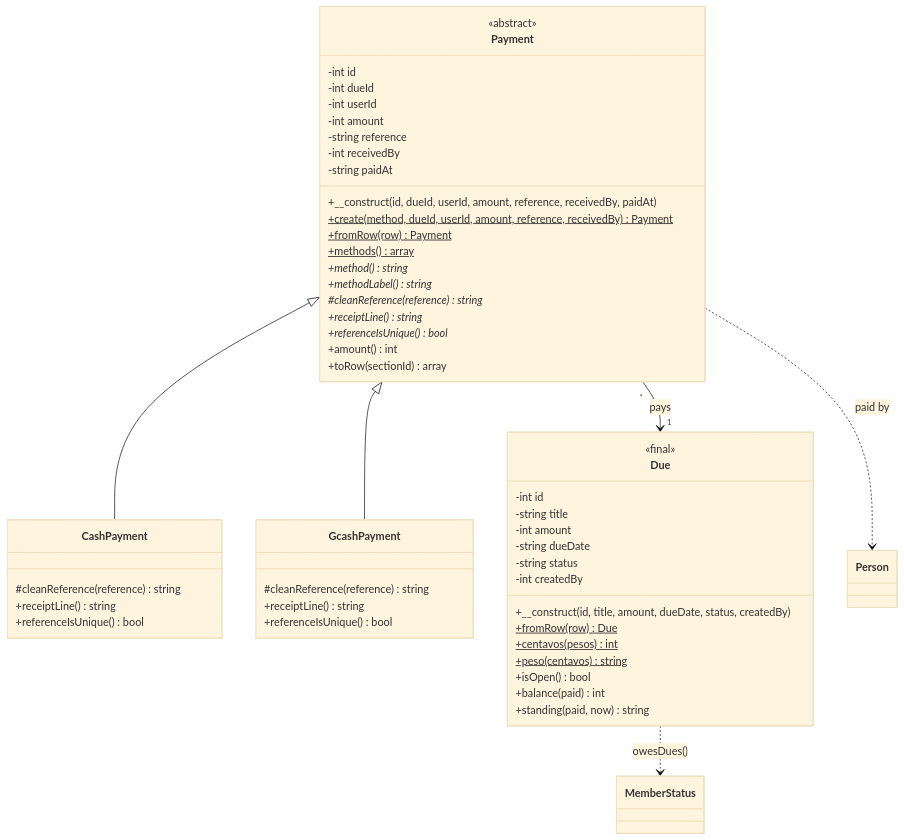
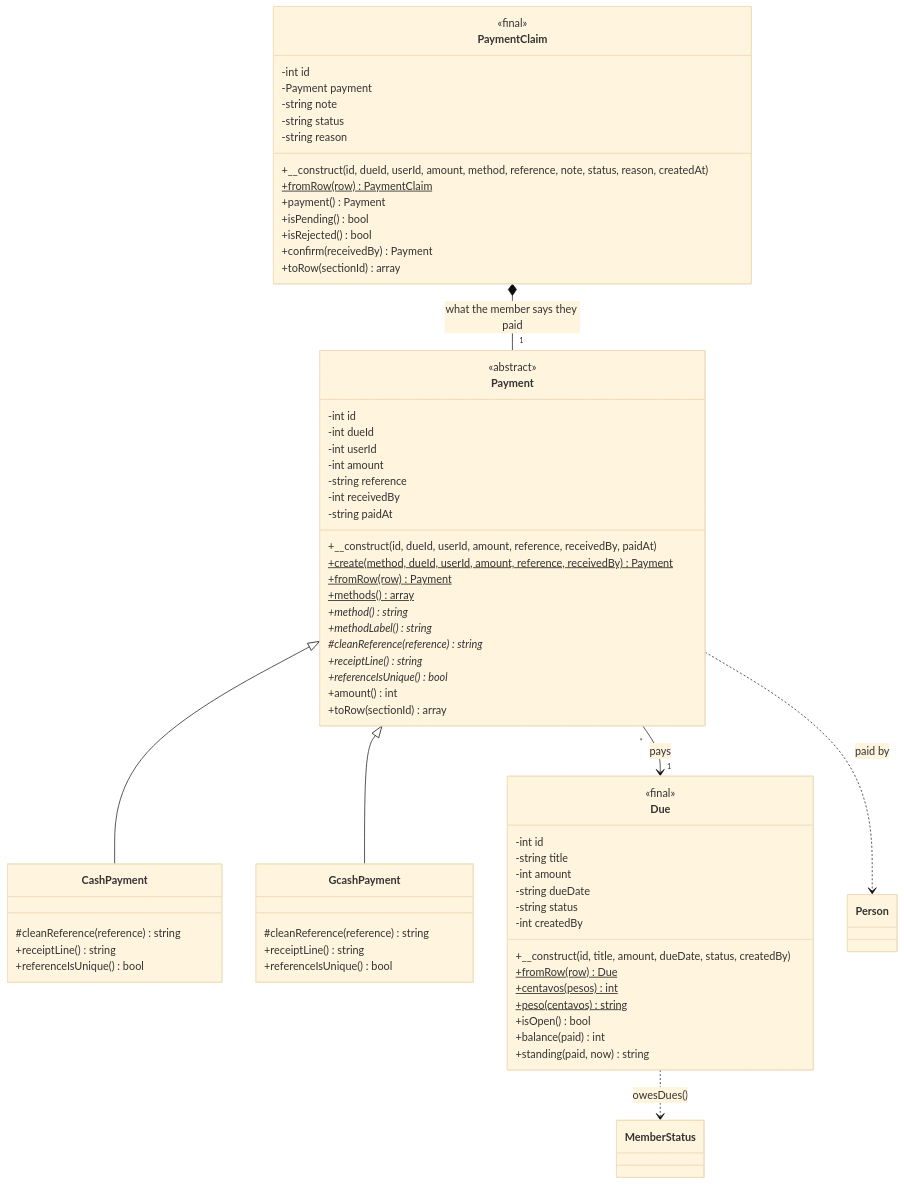
Before and after one commit to rcldvmnl/AcadSync: the fourth of 7 diagrams in docs/CLASS_DIAGRAM.md, drawn with Mermaid (base theme). The commit also changed 43 other files, not shown here.

````diff
--- a/docs/CLASS_DIAGRAM.md
+++ b/docs/CLASS_DIAGRAM.md
@@ -393,56 +393,72 @@
 ```mermaid
 classDiagram
     direction TB
     class Payment {
         <<abstract>>
         -int id
         -int dueId
         -int userId
         -int amount
         -string reference
         -int receivedBy
         -string paidAt
         +__construct(id, dueId, userId, amount, reference, receivedBy, paidAt)
         +create(method, dueId, userId, amount, reference, receivedBy)$ Payment
         +fromRow(row)$ Payment
         +methods()$ array
         +method()* string
         +methodLabel()* string
         #cleanReference(reference)* string
         +receiptLine()* string
         +referenceIsUnique()* bool
         +amount() int
         +toRow(sectionId) array
     }
     class CashPayment {
         #cleanReference(reference) string
         +receiptLine() string
         +referenceIsUnique() bool
     }
     class GcashPayment {
         #cleanReference(reference) string
         +receiptLine() string
         +referenceIsUnique() bool
     }
     class Due {
         <<final>>
         -int id
         -string title
         -int amount
         -string dueDate
         -string status
         -int createdBy
         +__construct(id, title, amount, dueDate, status, createdBy)
         +fromRow(row)$ Due
         +centavos(pesos)$ int
         +peso(centavos)$ string
         +isOpen() bool
         +balance(paid) int
         +standing(paid, now) string
     }
+    class PaymentClaim {
+        <<final>>
+        -int id
+        -Payment payment
+        -string note
+        -string status
+        -string reason
+        +__construct(id, dueId, userId, amount, method, reference, note, status, reason, createdAt)
+        +fromRow(row)$ PaymentClaim
+        +payment() Payment
+        +isPending() bool
+        +isRejected() bool
+        +confirm(receivedBy) Payment
+        +toRow(sectionId) array
+    }
     Payment <|-- CashPayment
     Payment <|-- GcashPayment
+    PaymentClaim *-- "1" Payment : what the member says they paid
     Payment "*" --> "1" Due : pays
     Payment ..> Person : paid by
     Due ..> MemberStatus : owesDues()
 ```
````
